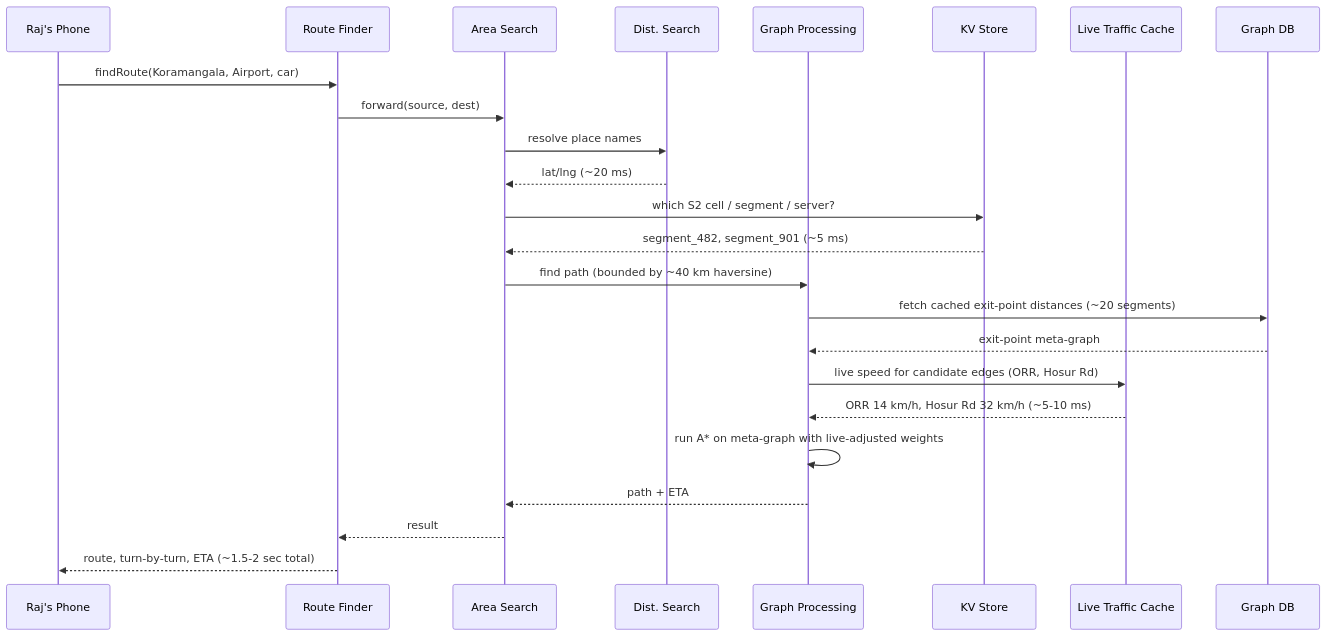
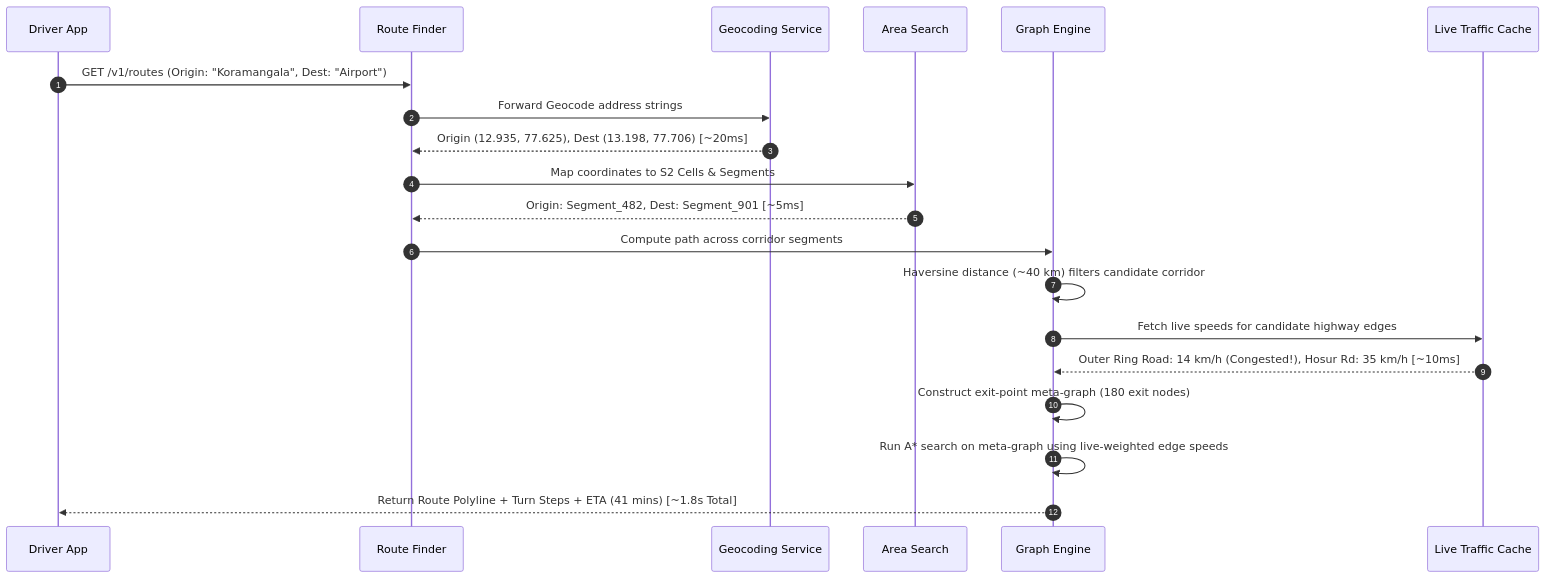
Diagram 15 of 27 in system-design/HLD/0-course/28-Design Google Maps-FAANG-Guide.md (riyaz-pasha/Learnings), drawn with Mermaid before and after one commit. The commit also changed other lines of this file and 1 other file, not shown here.

````diff
--- a/system-design/HLD/0-course/28-Design Google Maps-FAANG-Guide.md
+++ b/system-design/HLD/0-course/28-Design Google Maps-FAANG-Guide.md
@@ -641,27 +753,23 @@
 ```mermaid
 sequenceDiagram
-    participant Raj as Raj's Phone
+    autonumber
+    participant User as Driver App
     participant RF as Route Finder
+    participant Geo as Geocoding Service
     participant AS as Area Search
-    participant DS as Dist. Search
-    participant GP as Graph Processing
-    participant KV as KV Store
-    participant TC as Live Traffic Cache
-    participant GDB as Graph DB
+    participant GP as Graph Engine
+    participant Cache as Live Traffic Cache
 
-    Raj->>RF: findRoute(Koramangala, Airport, car)
-    RF->>AS: forward(source, dest)
-    AS->>DS: resolve place names
-    DS-->>AS: lat/lng (~20 ms)
-    AS->>KV: which S2 cell / segment / server?
-    KV-->>AS: segment_482, segment_901 (~5 ms)
-    AS->>GP: find path (bounded by ~40 km haversine)
-    GP->>GDB: fetch cached exit-point distances (~20 segments)
-    GDB-->>GP: exit-point meta-graph
-    GP->>TC: live speed for candidate edges (ORR, Hosur Rd)
-    TC-->>GP: ORR 14 km/h, Hosur Rd 32 km/h (~5-10 ms)
-    GP->>GP: run A* on meta-graph with live-adjusted weights
-    GP-->>AS: path + ETA
-    AS-->>RF: result
-    RF-->>Raj: route, turn-by-turn, ETA (~1.5-2 sec total)
+    User->>RF: GET /v1/routes (Origin: "Koramangala", Dest: "Airport")
+    RF->>Geo: Forward Geocode address strings
+    Geo-->>RF: Origin (12.935, 77.625), Dest (13.198, 77.706) [~20ms]
+    RF->>AS: Map coordinates to S2 Cells & Segments
+    AS-->>RF: Origin: Segment_482, Dest: Segment_901 [~5ms]
+    RF->>GP: Compute path across corridor segments
+    GP->>GP: Haversine distance (~40 km) filters candidate corridor
+    GP->>Cache: Fetch live speeds for candidate highway edges
+    Cache-->>GP: Outer Ring Road: 14 km/h (Congested!), Hosur Rd: 35 km/h [~10ms]
+    GP->>GP: Construct exit-point meta-graph (180 exit nodes)
+    GP->>GP: Run A* search on meta-graph using live-weighted edge speeds
+    GP-->>User: Return Route Polyline + Turn Steps + ETA (41 mins) [~1.8s Total]
 ```
````
